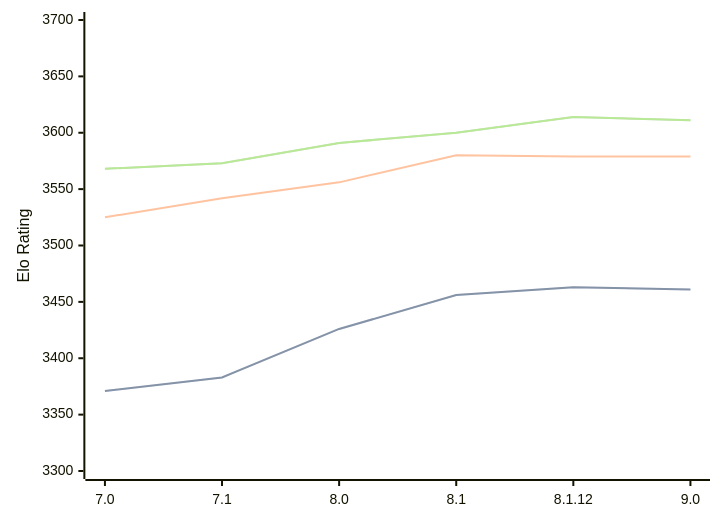
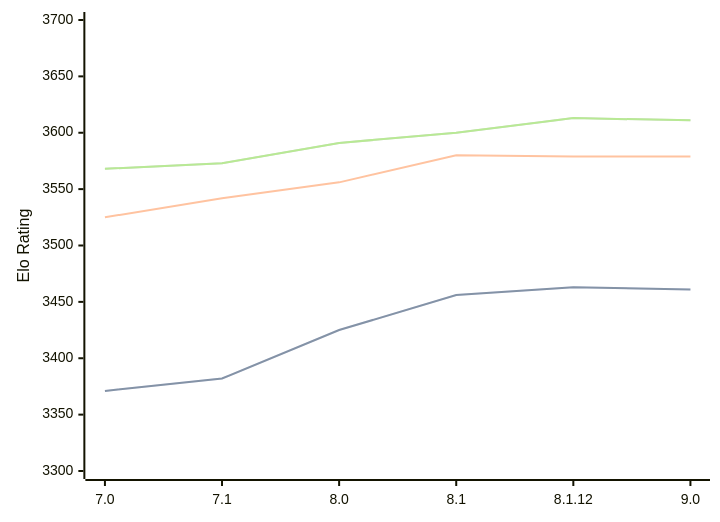
The diagram in engines/Alexandria.md (computer-chess-index/cci), drawn with Mermaid before and after one commit. The commit also changed other lines of this file, not shown here.

Commit message:
Update CCI Ratings (ELO VLTC) - 2026-04-28

````diff
--- a/engines/Alexandria.md
+++ b/engines/Alexandria.md
@@ -55,11 +55,11 @@
 ```mermaid
 %%{init: {"theme":"base","themeVariables":{"seriesColors:['#a3a3a3','#222221','#faa371']}}}%%
 xychart-beta
   x-axis ["7.0", "7.1", "8.0", "8.1", "8.1.12", "9.0"]
   y-axis "Elo Rating" 3300 --> 3700
-  line "STC (8.0+0.08s)" [3371, 3383, 3426, 3456, 3463, 3461]
-  line "STC (8.0+0.08s)" [3371, 3383, 3426, 3456, 3463, 3461]
+  line "STC (8.0+0.08s)" [3371, 3382, 3425, 3456, 3463, 3461]
+  line "STC (8.0+0.08s)" [3371, 3382, 3425, 3456, 3463, 3461]
   line "LTC (60.0+0.60s)" [3525, 3542, 3556, 3580, 3579, 3579]
-  line "VLTC (2m24s+1.12s)" [3568, 3573, 3591, 3600, 3614, 3611]
-  line "VLTC (2m24s+1.12s)" [3568, 3573, 3591, 3600, 3614, 3611]
+  line "VLTC (2m24s+1.12s)" [3568, 3573, 3591, 3600, 3613, 3611]
+  line "VLTC (2m24s+1.12s)" [3568, 3573, 3591, 3600, 3613, 3611]
 ```
````
